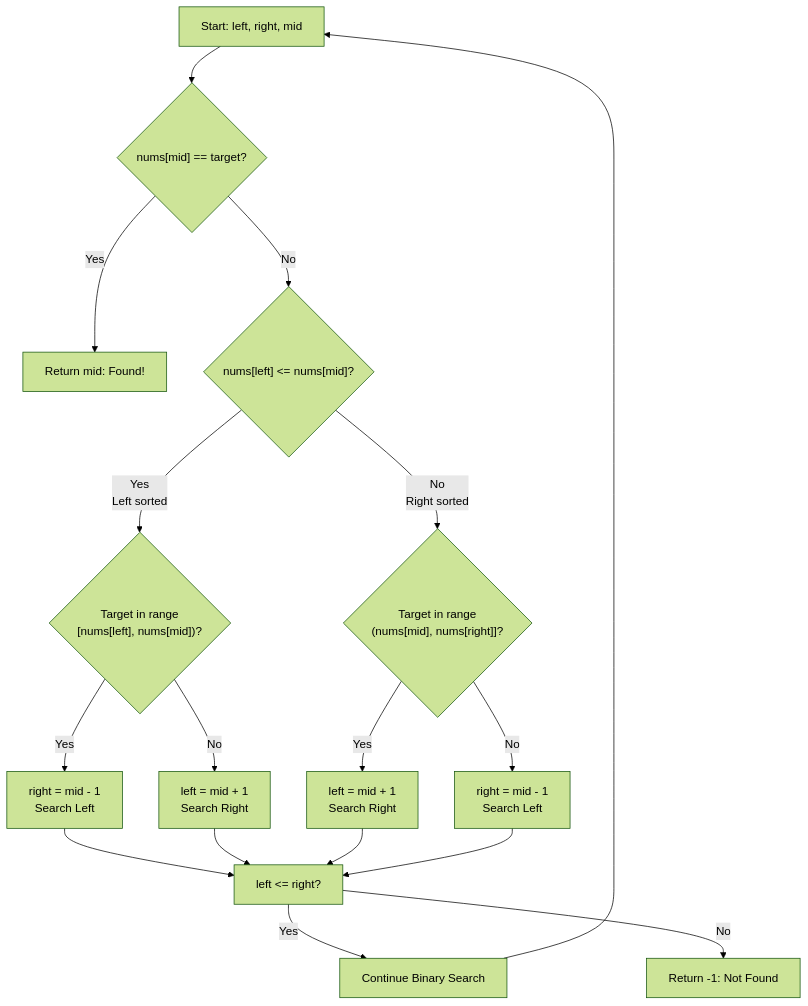
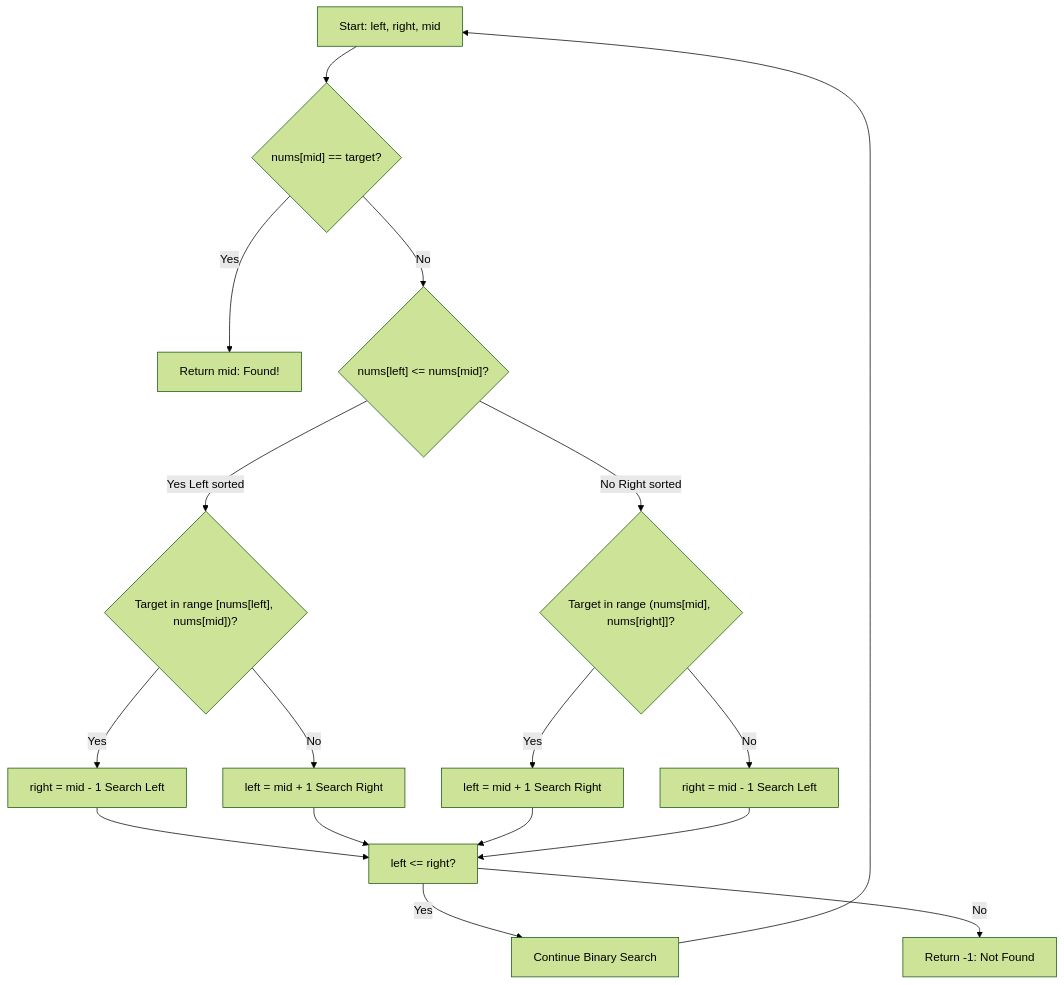
The fourth of 5 diagrams in docs/binary-search.md (cyberstoneac/dsa_docs), drawn with Mermaid (forest theme) before and after one commit. The commit also changed other lines of this file and 17 other files, not shown here.

````diff
--- a/docs/binary-search.md
+++ b/docs/binary-search.md
@@ -520,19 +500,19 @@
 ```mermaid
 graph TD
     A["Start: left, right, mid"] --> B{"nums[mid] == target?"}
     B -->|Yes| C["Return mid: Found!"]
     B -->|No| D{"nums[left] <= nums[mid]?"}
-    D -->|Yes<br/>Left sorted| E{"Target in range<br/>[nums[left], nums[mid])?"}
-    D -->|No<br/>Right sorted| F{"Target in range<br/>(nums[mid], nums[right]]?"}
-    E -->|Yes| G["right = mid - 1<br/>Search Left"]
-    E -->|No| H["left = mid + 1<br/>Search Right"]
-    F -->|Yes| I["left = mid + 1<br/>Search Right"]
-    F -->|No| J["right = mid - 1<br/>Search Left"]
+    D -->|Yes Left sorted| E{"Target in range [nums[left], nums[mid])?"}
+    D -->|No Right sorted| F{"Target in range (nums[mid], nums[right]]?"}
+    E -->|Yes| G["right = mid - 1 Search Left"]
+    E -->|No| H["left = mid + 1 Search Right"]
+    F -->|Yes| I["left = mid + 1 Search Right"]
+    F -->|No| J["right = mid - 1 Search Left"]
     G --> K["left <= right?"]
     H --> K
     I --> K
     J --> K
     K -->|Yes| L["Continue Binary Search"]
     K -->|No| M["Return -1: Not Found"]
     L --> A
 ```
````
